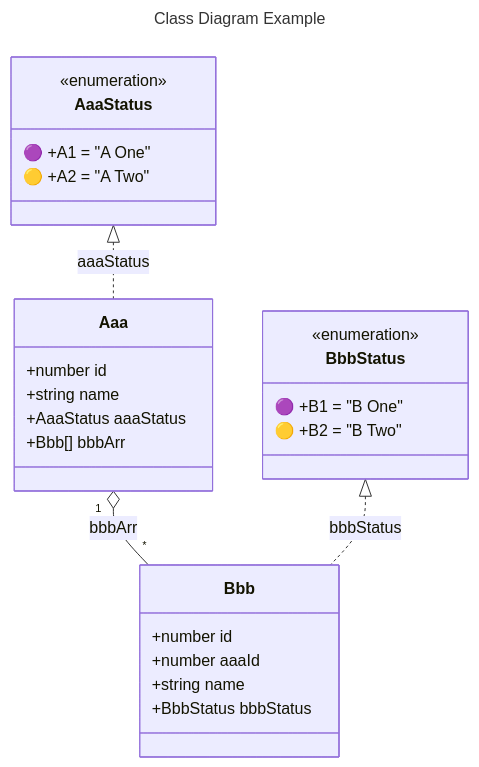
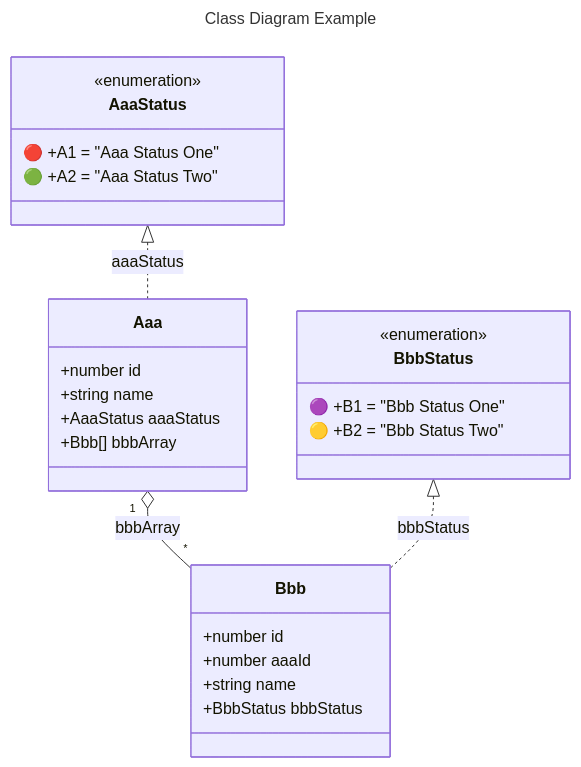
Before and after one commit to Ee-Cs/Ee-Cs.github.io: the diagram in files/class-diagrams.md, drawn with Mermaid. The commit also changed other lines of this file and 3 other files, not shown here.

````diff
--- a/files/class-diagrams.md
+++ b/files/class-diagrams.md
@@ -3,35 +3,35 @@
 ```mermaid
 ---
 title: Class Diagram Example
 ---
 classDiagram
 class Aaa {
   +number id
   +string name
   +AaaStatus aaaStatus
-  +Bbb[] bbbArr
+  +Bbb[] bbbArray
 }
 
 class Bbb {
   +number id
   +number aaaId
   +string name
   +BbbStatus bbbStatus
 }
 
 class AaaStatus {
   <<enumeration>>
-  🟣 +A1 = "A One"
-  🟡 +A2 = "A Two"
+  🔴 +A1 = "Aaa Status One"
+  🟢 +A2 = "Aaa Status Two"
 }
 
 class BbbStatus {
   <<enumeration>>
-  🟣 +B1 = "B One"
-  🟡 +B2 = "B Two"
+  🟣 +B1 = "Bbb Status One"
+  🟡 +B2 = "Bbb Status Two"
 }
 
-Aaa "1" o-- "*" Bbb : bbbArr
+Aaa "1" o-- "*" Bbb : bbbArray
 AaaStatus <|.. Aaa : aaaStatus
 BbbStatus <|.. Bbb : bbbStatus
 ```
````
